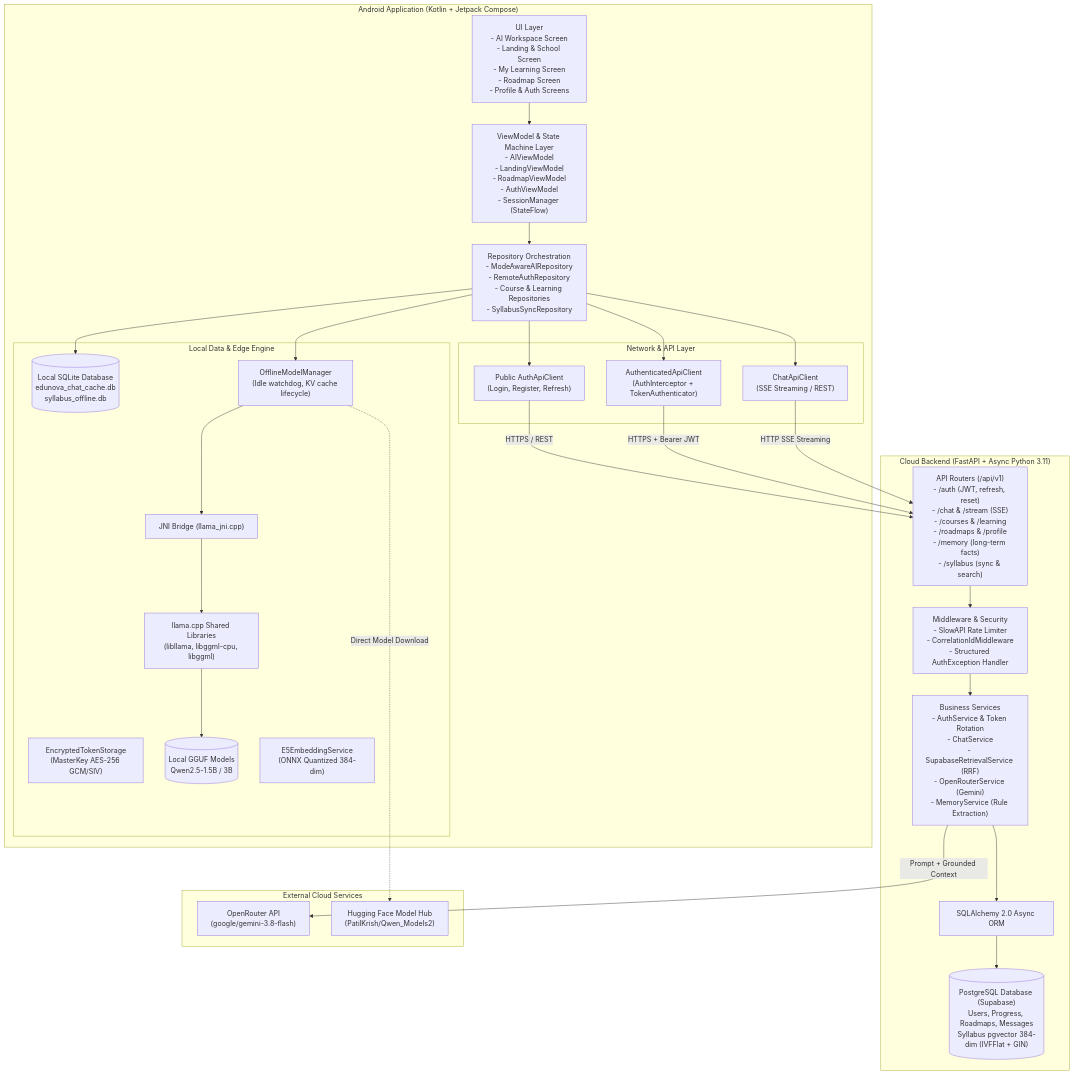
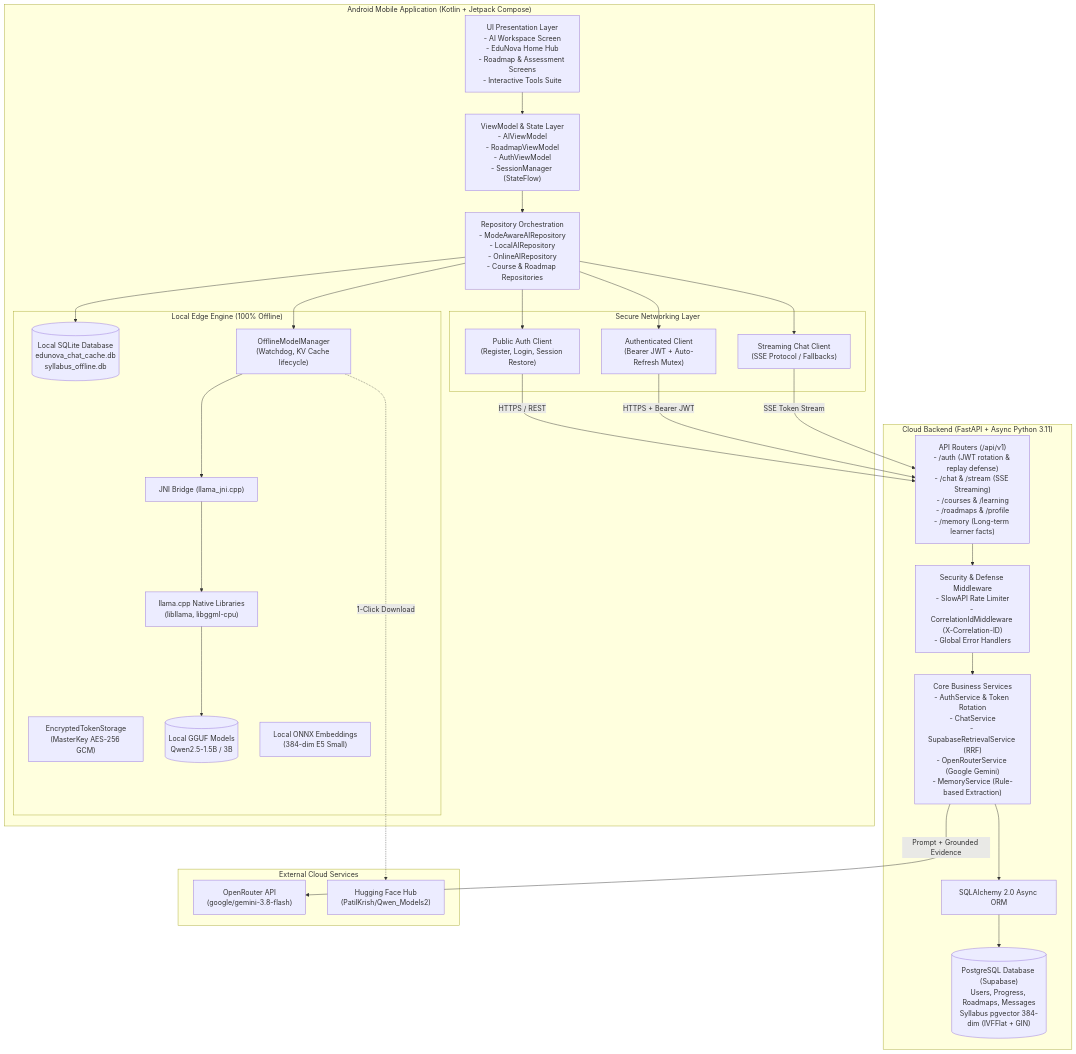
The fourth of 5 diagrams in README.md (1241007/Offline-First-), drawn with Mermaid before and after one commit. The commit also changed other lines of this file, not shown here.

````diff
--- a/README.md
+++ b/README.md
@@ -72,61 +349,61 @@
 ```mermaid
 flowchart TB
-    subgraph AndroidClient ["Android Application (Kotlin + Jetpack Compose)"]
-        UI["UI Layer\n- AI Workspace Screen\n- Landing & School Screen\n- My Learning Screen\n- Roadmap Screen\n- Profile & Auth Screens"]
-        VM["ViewModel & State Machine Layer\n- AIViewModel\n- LandingViewModel\n- RoadmapViewModel\n- AuthViewModel\n- SessionManager (StateFlow)"]
-        REPO["Repository Orchestration\n- ModeAwareAIRepository\n- RemoteAuthRepository\n- Course & Learning Repositories\n- SyllabusSyncRepository"]
+    subgraph AndroidClient ["Android Mobile Application (Kotlin + Jetpack Compose)"]
+        UI["UI Presentation Layer\n- AI Workspace Screen\n- EduNova Home Hub\n- Roadmap & Assessment Screens\n- Interactive Tools Suite"]
+        VM["ViewModel & State Layer\n- AIViewModel\n- RoadmapViewModel\n- AuthViewModel\n- SessionManager (StateFlow)"]
+        REPO["Repository Orchestration\n- ModeAwareAIRepository\n- LocalAIRepository\n- OnlineAIRepository\n- Course & Roadmap Repositories"]
         
-        subgraph LocalEdgeEngine ["Local Data & Edge Engine"]
+        subgraph LocalEdgeEngine ["Local Edge Engine (100% Offline)"]
             CACHE_DB[("Local SQLite Database\nedunova_chat_cache.db\nsyllabus_offline.db")]
-            TOKEN_STORE["EncryptedTokenStorage\n(MasterKey AES-256 GCM/SIV)"]
-            MODEL_MGR["OfflineModelManager\n(Idle watchdog, KV cache lifecycle)"]
+            TOKEN_STORE["EncryptedTokenStorage\n(MasterKey AES-256 GCM)"]
+            MODEL_MGR["OfflineModelManager\n(Watchdog, KV Cache lifecycle)"]
             JNI["JNI Bridge (llama_jni.cpp)"]
-            LLAMA_NATIVE["llama.cpp Shared Libraries\n(libllama, libggml-cpu, libggml)"]
+            LLAMA_CPP["llama.cpp Native Libraries\n(libllama, libggml-cpu)"]
             GGUF_FILE[("Local GGUF Models\nQwen2.5-1.5B / 3B")]
-            E5_EMBED["E5EmbeddingService\n(ONNX Quantized 384-dim)"]
+            E5_LOCAL["Local ONNX Embeddings\n(384-dim E5 Small)"]
         end
 
-        subgraph RemoteNetworking ["Network & API Layer"]
-            OKHTTP_PUB["Public AuthApiClient\n(Login, Register, Refresh)"]
-            OKHTTP_AUTH["AuthenticatedApiClient\n(AuthInterceptor + TokenAuthenticator)"]
-            CHAT_CLIENT["ChatApiClient\n(SSE Streaming / REST)"]
+        subgraph RemoteNetworking ["Secure Networking Layer"]
+            OKHTTP_PUB["Public Auth Client\n(Register, Login, Session Restore)"]
+            OKHTTP_AUTH["Authenticated Client\n(Bearer JWT + Auto-Refresh Mutex)"]
+            CHAT_CLIENT["Streaming Chat Client\n(SSE Protocol / Fallbacks)"]
         end
     end
 
     subgraph CloudBackend ["Cloud Backend (FastAPI + Async Python 3.11)"]
-        ROUTERS["API Routers (/api/v1)\n- /auth (JWT, refresh, reset)\n- /chat & /stream (SSE)\n- /courses & /learning\n- /roadmaps & /profile\n- /memory (long-term facts)\n- /syllabus (sync & search)"]
-        MIDDLEWARE["Middleware & Security\n- SlowAPI Rate Limiter\n- CorrelationIdMiddleware\n- Structured AuthException Handler"]
-        SERVICES["Business Services\n- AuthService & Token Rotation\n- ChatService\n- SupabaseRetrievalService (RRF)\n- OpenRouterService (Gemini)\n- MemoryService (Rule Extraction)"]
+        ROUTERS["API Routers (/api/v1)\n- /auth (JWT rotation & replay defense)\n- /chat & /stream (SSE Streaming)\n- /courses & /learning\n- /roadmaps & /profile\n- /memory (Long-term learner facts)"]
+        MIDDLEWARE["Security & Defense Middleware\n- SlowAPI Rate Limiter\n- CorrelationIdMiddleware (X-Correlation-ID)\n- Global Error Handlers"]
+        SERVICES["Core Business Services\n- AuthService & Token Rotation\n- ChatService\n- SupabaseRetrievalService (RRF)\n- OpenRouterService (Google Gemini)\n- MemoryService (Rule-based Extraction)"]
         SQLA["SQLAlchemy 2.0 Async ORM"]
         DB[("PostgreSQL Database (Supabase)\nUsers, Progress, Roadmaps, Messages\nSyllabus pgvector 384-dim (IVFFlat + GIN)")]
     end
 
-    subgraph ExternalServices ["External Cloud Services"]
+    subgraph ExternalCloud ["External Cloud Services"]
         OPENROUTER["OpenRouter API\n(google/gemini-3.8-flash)"]
-        HF["Hugging Face Model Hub\n(PatilKrish/Qwen_Models2)"]
+        HF["Hugging Face Hub\n(PatilKrish/Qwen_Models2)"]
     end
 
-    %% Wiring
+    %% Flow connections
     UI --> VM
     VM --> REPO
     REPO --> MODEL_MGR
     REPO --> CACHE_DB
     REPO --> OKHTTP_AUTH
     REPO --> OKHTTP_PUB
     REPO --> CHAT_CLIENT
 
     MODEL_MGR --> JNI
-    JNI --> LLAMA_NATIVE
-    LLAMA_NATIVE --> GGUF_FILE
-    MODEL_MGR -.->|Direct Model Download| HF
+    JNI --> LLAMA_CPP
+    LLAMA_CPP --> GGUF_FILE
+    MODEL_MGR -.->|1-Click Download| HF
 
     OKHTTP_PUB -->|HTTPS / REST| ROUTERS
     OKHTTP_AUTH -->|HTTPS + Bearer JWT| ROUTERS
-    CHAT_CLIENT -->|HTTP SSE Streaming| ROUTERS
+    CHAT_CLIENT -->|SSE Token Stream| ROUTERS
 
     ROUTERS --> MIDDLEWARE
     MIDDLEWARE --> SERVICES
     SERVICES --> SQLA
     SQLA --> DB
-    SERVICES -->|Prompt + Grounded Context| OPENROUTER
+    SERVICES -->|Prompt + Grounded Evidence| OPENROUTER
 ```
````
